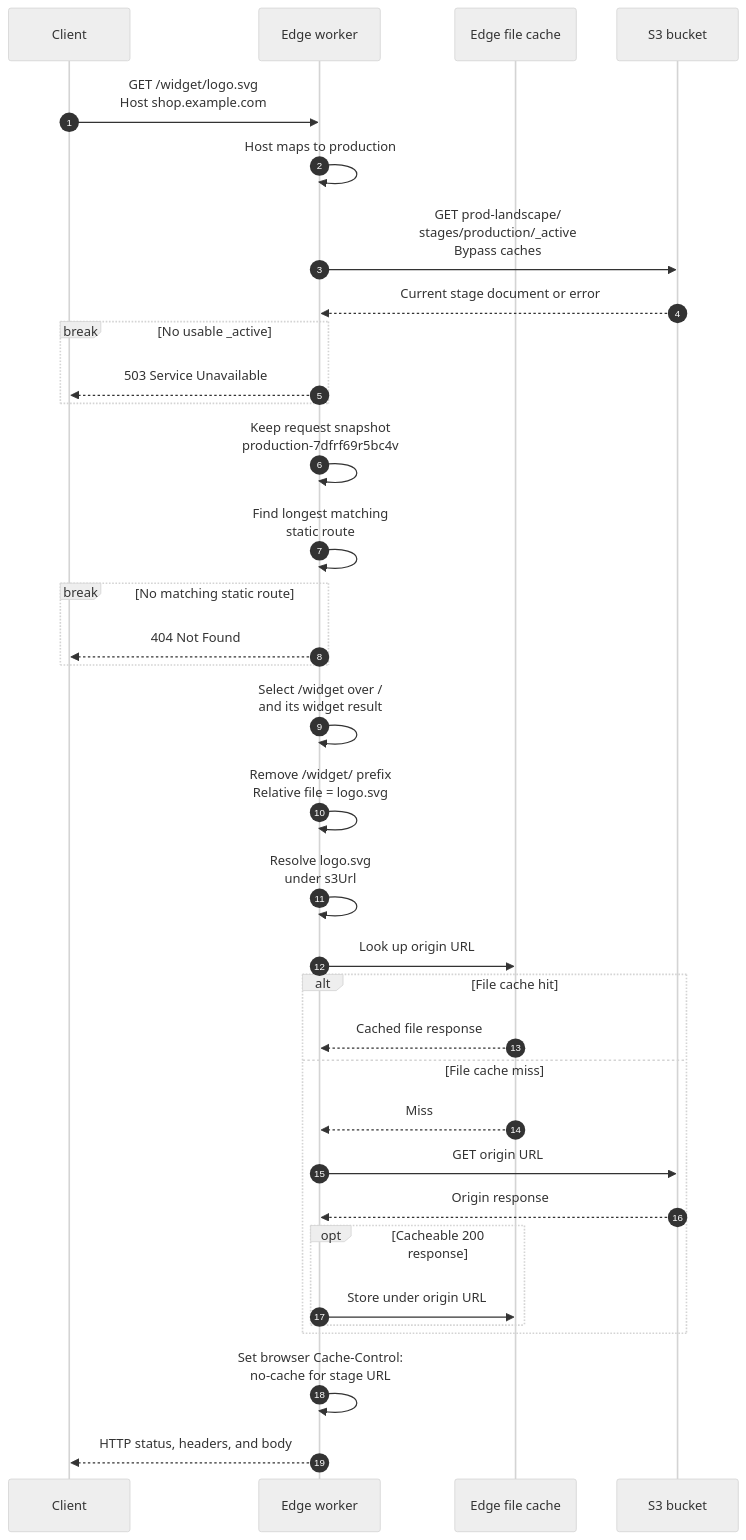
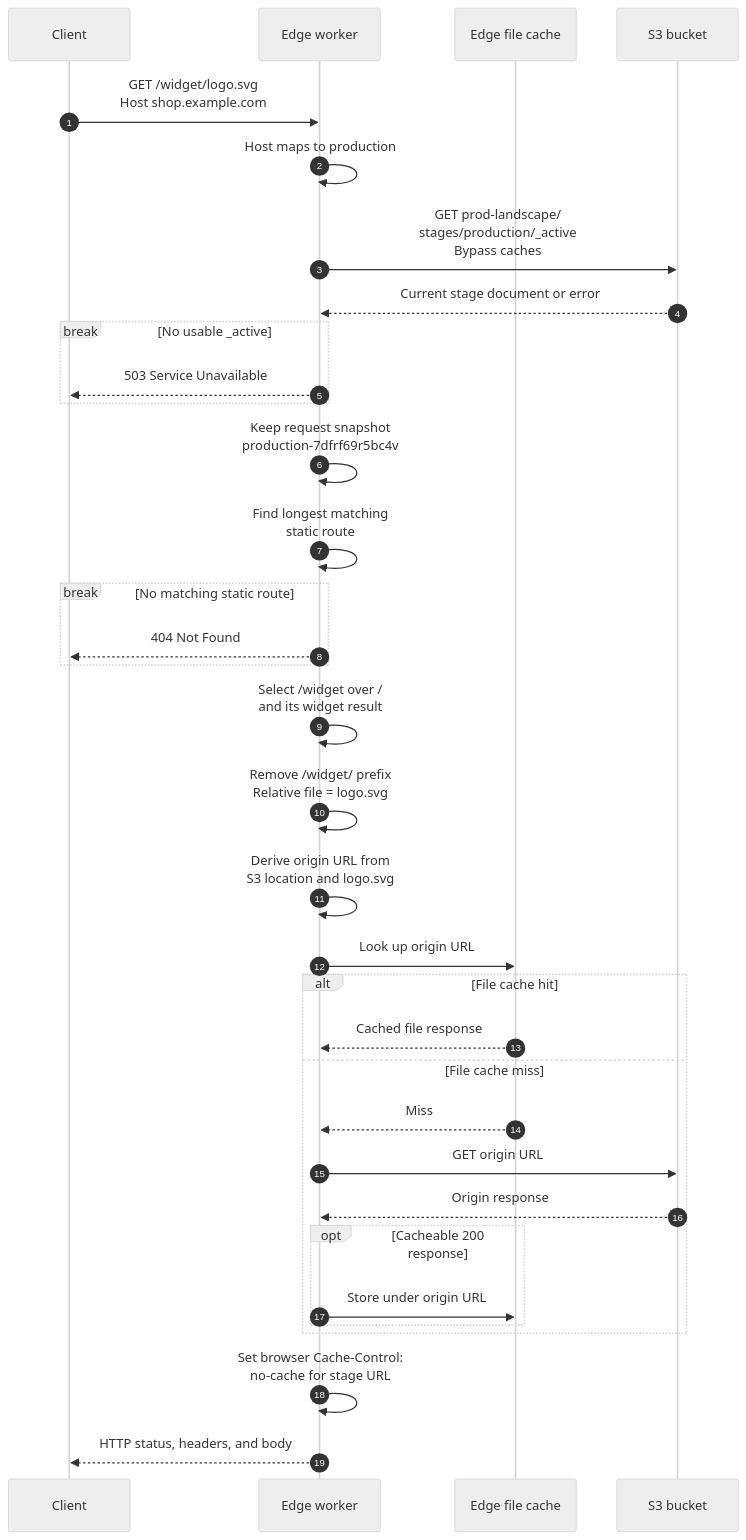
Before and after one commit to konfidence-project/konfidence-docs: the third of 4 diagrams in src/docs/extend-customize/decisions/adr-0039-static-cdn-deployer.md, drawn with Mermaid (neutral theme). The commit also changed other lines of this file, not shown here.

````diff
--- a/src/docs/extend-customize/decisions/adr-0039-static-cdn-deployer.md
+++ b/src/docs/extend-customize/decisions/adr-0039-static-cdn-deployer.md
@@ -432,36 +443,36 @@
 ```mermaid
 sequenceDiagram
     autonumber
     participant Client
     participant Worker as Edge worker
     participant Cache as Edge file cache
     participant S3 as S3 bucket
     Client->>Worker: GET /widget/logo.svg<br/>Host shop.example.com
     Worker->>Worker: Host maps to production
     Worker->>S3: GET prod-landscape/<br/>stages/production/_active<br/>Bypass caches
     S3-->>Worker: Current stage document or error
     break No usable _active
         Worker-->>Client: 503 Service Unavailable
     end
     Worker->>Worker: Keep request snapshot<br/>production-7dfrf69r5bc4v
     Worker->>Worker: Find longest matching<br/>static route
     break No matching static route
         Worker-->>Client: 404 Not Found
     end
     Worker->>Worker: Select /widget over /<br/>and its widget result
     Worker->>Worker: Remove /widget/ prefix<br/>Relative file = logo.svg
-    Worker->>Worker: Resolve logo.svg<br/>under s3Url
+    Worker->>Worker: Derive origin URL from<br/>S3 location and logo.svg
     Worker->>Cache: Look up origin URL
     alt File cache hit
         Cache-->>Worker: Cached file response
     else File cache miss
         Cache-->>Worker: Miss
         Worker->>S3: GET origin URL
         S3-->>Worker: Origin response
         opt Cacheable 200 response
             Worker->>Cache: Store under origin URL
         end
     end
     Worker->>Worker: Set browser Cache-Control:<br/>no-cache for stage URL
     Worker-->>Client: HTTP status, headers, and body
 ```
````
